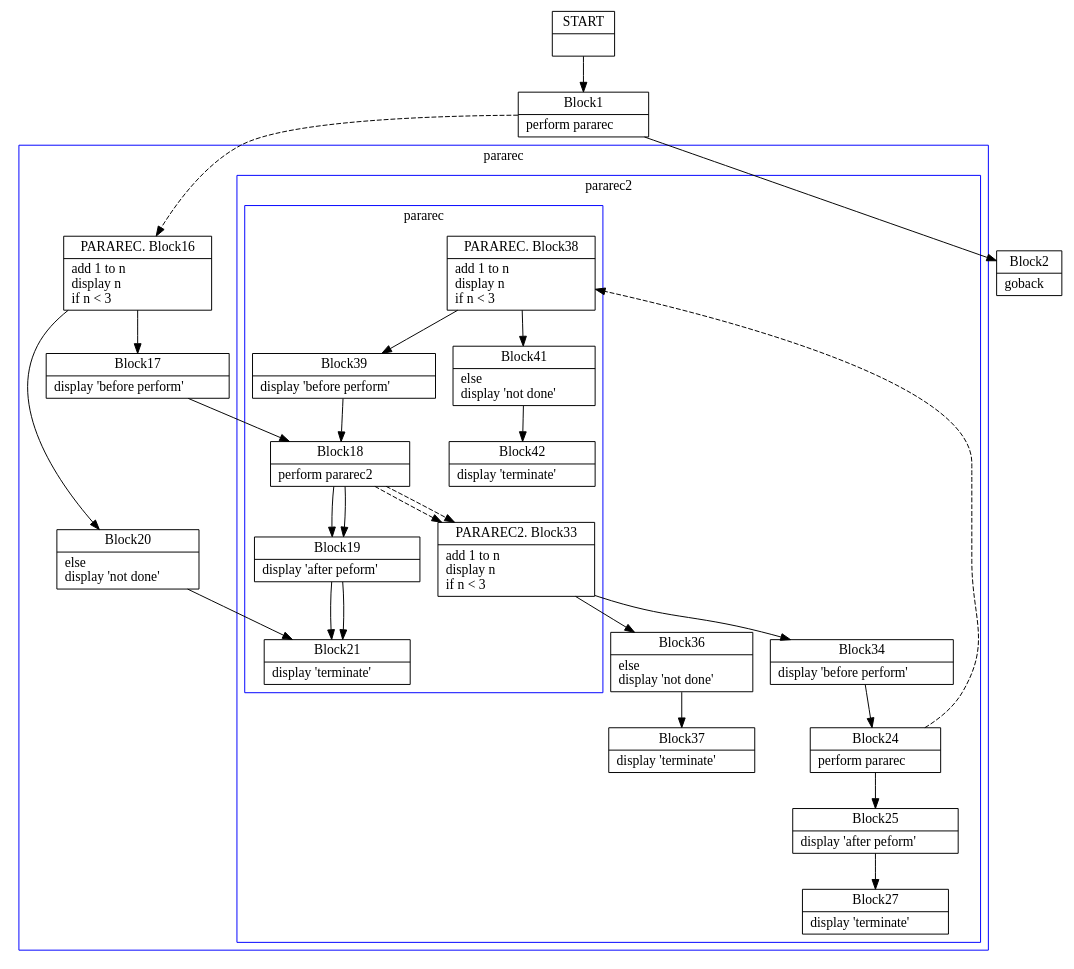
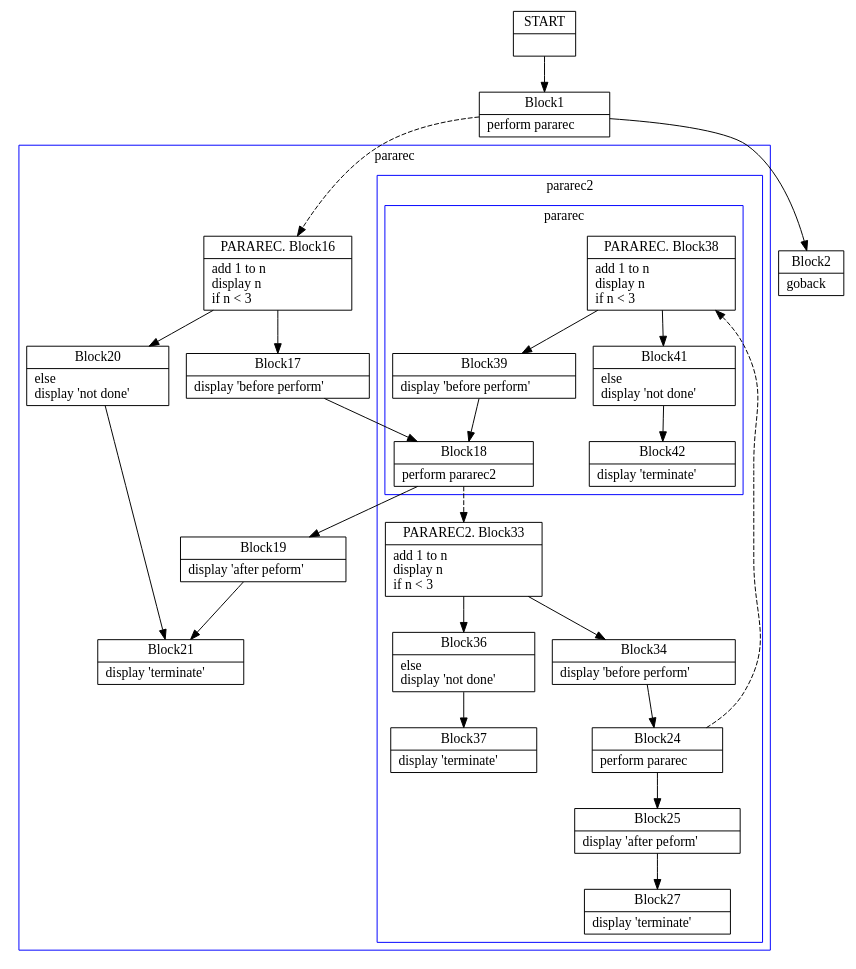
The diagram in TypeCobol.Analysis.Test/DotOutput/PerformProcProcRecursive0.dot (TypeCobolTeam/TypeCobol), drawn with Graphviz before and after one commit. The commit also changed 12 other files, not shown here.

```diff
--- a/TypeCobol.Analysis.Test/DotOutput/PerformProcProcRecursive0.dot
+++ b/TypeCobol.Analysis.Test/DotOutput/PerformProcProcRecursive0.dot
@@ -1,123 +1,110 @@
 digraph Cfg {
 compound=true;
 node [
 shape = "record"
 ]
 
 edge [
 arrowtail = "empty"
 ]
 Block0 [
 label = "{START|}"
 ]
 Block1 [
 label = "{Block1|    perform pararec\l}"
 ]
 subgraph cluster_1{
 color = blue;
 label = "pararec";
 Block16 [
 label = "{PARAREC. Block16|    add 1 to n\l    display n\l    if n \< 3\l}"
 ]
 Block17 [
 label = "{Block17|       display 'before perform'\l}"
 ]
 Block18 [
 label = "{Block18|       perform pararec2\l}"
 ]
 subgraph cluster_2{
 color = blue;
 label = "pararec2";
 Block33 [
 label = "{PARAREC2. Block33|    add 1 to n\l    display n\l    if n \< 3\l}"
 ]
 Block34 [
 label = "{Block34|       display 'before perform'\l}"
 ]
 Block24 [
 label = "{Block24|       perform pararec\l}"
 ]
 subgraph cluster_3{
 color = blue;
 label = "pararec";
 Block38 [
 label = "{PARAREC. Block38|    add 1 to n\l    display n\l    if n \< 3\l}"
 ]
 Block39 [
 label = "{Block39|       display 'before perform'\l}"
 ]
-Block18 [
-label = "{Block18|       perform pararec2\l}"
-]
-Block18 -> Block33 [style=dashed]
-
-Block19 [
-label = "{Block19|       display 'after peform'\l}"
-]
-Block21 [
-label = "{Block21|    display 'terminate'\l}"
-]
 Block41 [
 label = "{Block41|    else\l       display 'not done'\l}"
 ]
 Block42 [
 label = "{Block42|    display 'terminate'\l}"
 ]
 Block38 -> Block39
 Block38 -> Block41
 Block39 -> Block18
-Block18 -> Block19
-Block19 -> Block21
 Block41 -> Block42
 
 }
 Block24 -> Block38 [style=dashed]
 
 Block25 [
 label = "{Block25|       display 'after peform'\l}"
 ]
 Block27 [
 label = "{Block27|    display 'terminate'\l}"
 ]
 Block36 [
 label = "{Block36|    else\l       display 'not done'\l}"
 ]
 Block37 [
 label = "{Block37|    display 'terminate'\l}"
 ]
 Block33 -> Block34
 Block33 -> Block36
 Block34 -> Block24
 Block24 -> Block25
 Block25 -> Block27
 Block36 -> Block37
 
 }
 Block18 -> Block33 [style=dashed]
 
 Block19 [
 label = "{Block19|       display 'after peform'\l}"
 ]
 Block21 [
 label = "{Block21|    display 'terminate'\l}"
 ]
 Block20 [
 label = "{Block20|    else\l       display 'not done'\l}"
 ]
 Block16 -> Block17
 Block16 -> Block20
 Block17 -> Block18
 Block18 -> Block19
 Block19 -> Block21
 Block20 -> Block21
 
 }
 Block1 -> Block16 [style=dashed]
 
 Block2 [
 label = "{Block2|    goback\l}"
 ]
 Block0 -> Block1
 Block1 -> Block2
 
 }
```
